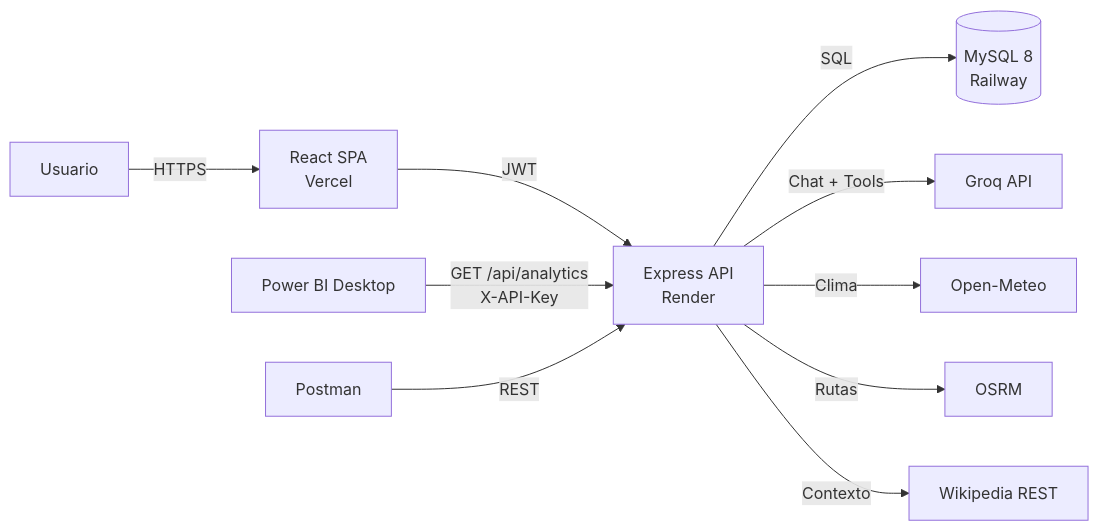
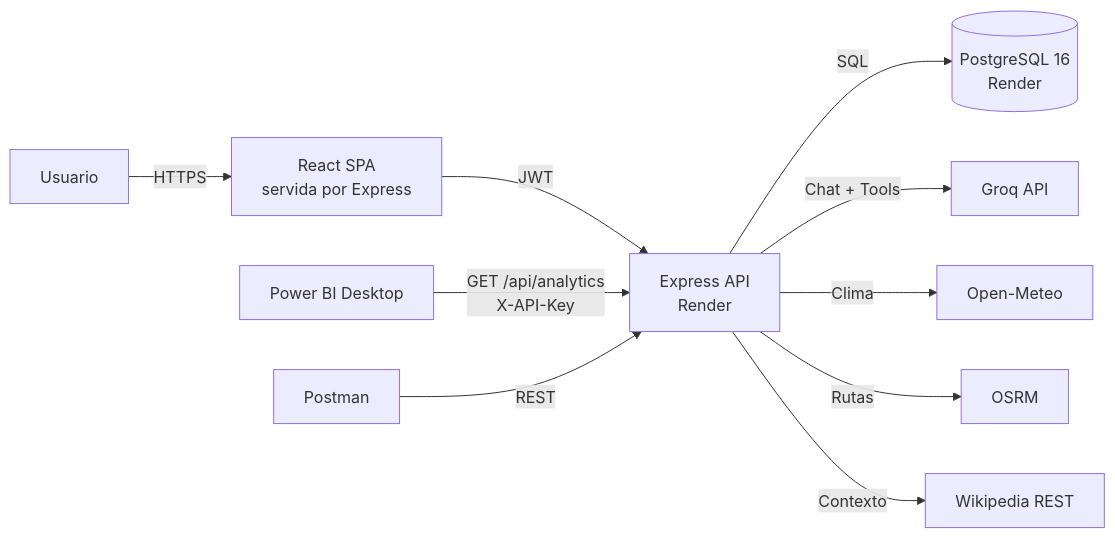
One commit to FerMar707501/PFinalTurismo changed the diagram in README.md. Above: the diagram before and after it, drawn with Mermaid. The commit also changed other lines of this file and 43 other files, not shown here.

````diff
--- a/README.md
+++ b/README.md
@@ -39,12 +43,12 @@
 ```mermaid
 flowchart LR
-    U[Usuario] -->|HTTPS| R[React SPA<br/>Vercel]
+    U[Usuario] -->|HTTPS| R[React SPA<br/>servida por Express]
     R -->|JWT| A[Express API<br/>Render]
-    A -->|SQL| D[(MySQL 8<br/>Railway)]
+    A -->|SQL| D[(PostgreSQL 16<br/>Render)]
     A -->|Chat + Tools| G[Groq API]
     A -->|Clima| W[Open-Meteo]
     A -->|Rutas| O[OSRM]
     A -->|Contexto| K[Wikipedia REST]
     P[Power BI Desktop] -->|GET /api/analytics<br/>X-API-Key| A
     M[Postman] -->|REST| A
 ```
````
